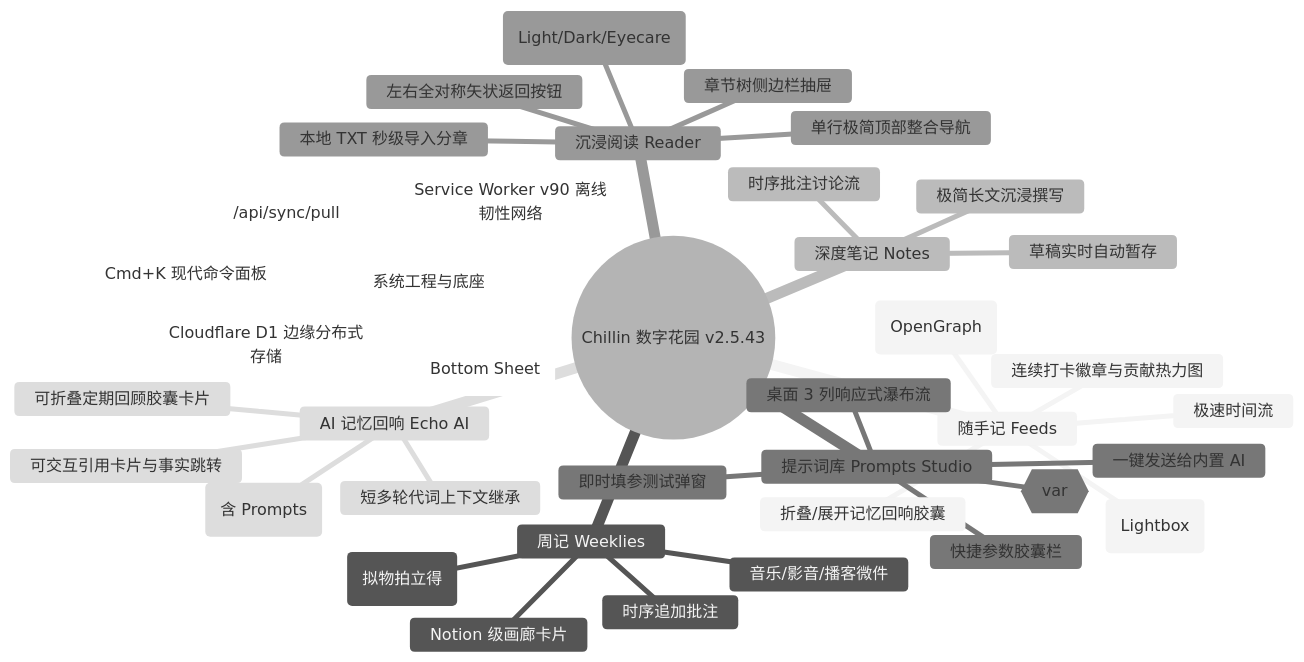
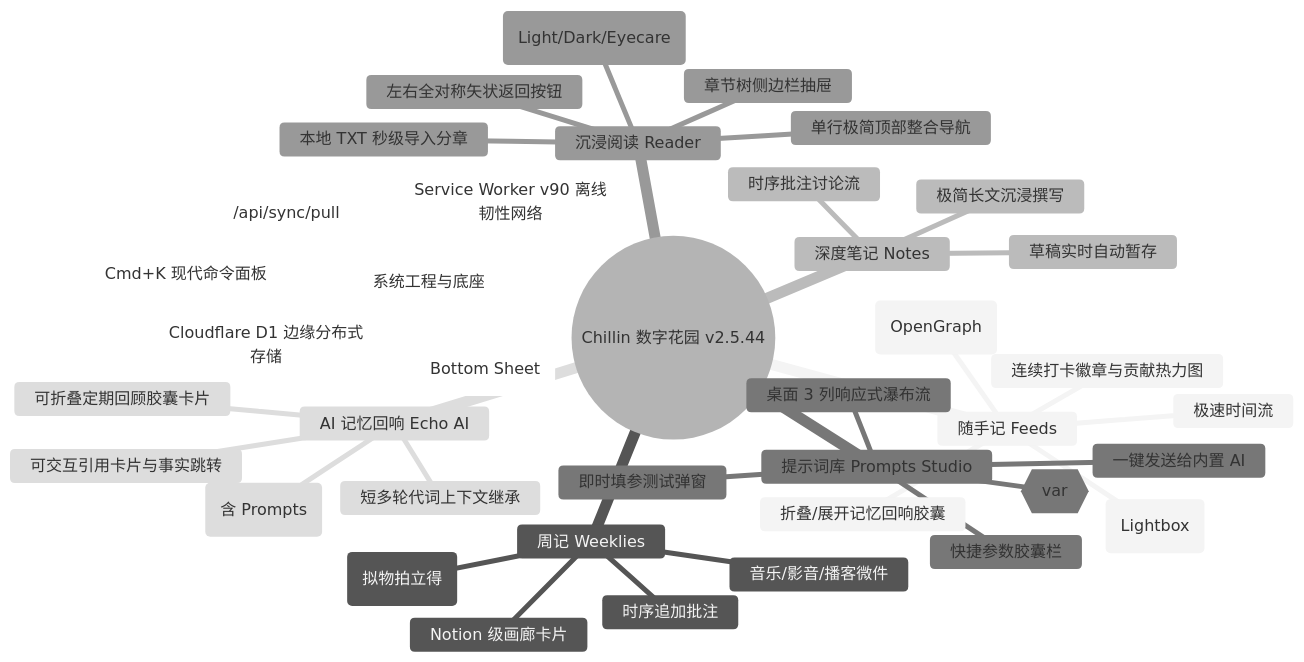
The diagram in docs/Chillin数字花园_产品全景与工程架构分析报告.md (2089700996jy-del/chillin), drawn with Mermaid (neutral theme) before and after one commit. The commit also changed other lines of this file and 5 other files, not shown here.

````diff
--- a/docs/Chillin数字花园_产品全景与工程架构分析报告.md
+++ b/docs/Chillin数字花园_产品全景与工程架构分析报告.md
@@ -62,42 +62,42 @@
 ```mermaid
 mindmap
-  root((Chillin 数字花园 v2.5.43))
+  root((Chillin 数字花园 v2.5.44))
     随手记 Feeds
       极速时间流
       外链卡片解析 (OpenGraph)
       全屏手势图片灯箱 (Lightbox)
       连续打卡徽章与贡献热力图
       折叠/展开记忆回响胶囊
     周记 Weeklies
       Notion 级画廊卡片
       烟火日常 (拟物拍立得)
       音乐/影音/播客微件
       时序追加批注
     深度笔记 Notes
       极简长文沉浸撰写
       草稿实时自动暂存
       时序批注讨论流
     提示词库 Prompts Studio
       参数化占位符 {{var}}
       快捷参数胶囊栏
       即时填参测试弹窗
       一键发送给内置 AI
       桌面 3 列响应式瀑布流
     沉浸阅读 Reader
       本地 TXT 秒级导入分章
       单行极简顶部整合导航
       左右全对称矢状返回按钮
       章节树侧边栏抽屉
       三档全站主题 (Light/Dark/Eyecare)
     AI 记忆回响 Echo AI
       全域资产索引 (含 Prompts)
       短多轮代词上下文继承
       可交互引用卡片与事实跳转
       可折叠定期回顾胶囊卡片
     系统工程与底座
       Cmd+K 现代命令面板
       全屏手势与半屏抽屉 (Bottom Sheet)
       单 RTT 聚合增量同步 (/api/sync/pull)
       Service Worker v90 离线韧性网络
       Cloudflare D1 边缘分布式存储
 ```
````
